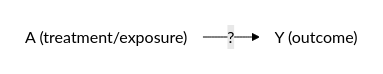
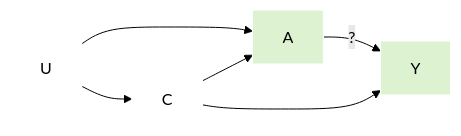
One commit to birth-outcomes/birth_outcomes_summary changed the second of 12 diagrams in book_birth_outcomes_summary/design_causal.md. Above: the diagram before and after it, drawn with Mermaid (forest theme). The commit also changed other lines of this file and 1 other file, not shown here.

Commit message:
Reordering causal diagram notes, and moving across two notebooks

`````diff
--- a/book_birth_outcomes_summary/design_causal.md
+++ b/book_birth_outcomes_summary/design_causal.md
@@ -122,11 +55,18 @@
 ````{mermaid}
   flowchart LR;
 
-    A("A (treatment/exposure)"):::white;
-    Y("Y (outcome)"):::white;
-
+    A:::green;
+    Y:::green;
+    C:::white;
+    U:::white;
+    
     A -->|?| Y;
+    C --> A;
+    C --> Y;
+    U --> A;
+    U --> C;
 
     classDef white fill:#FFFFFF, stroke:#FFFFFF
     classDef black fill:#FFFFFF, stroke:#000000
+    classDef green fill:#DDF2D1, stroke: #FFFFFF;
 ````
`````
